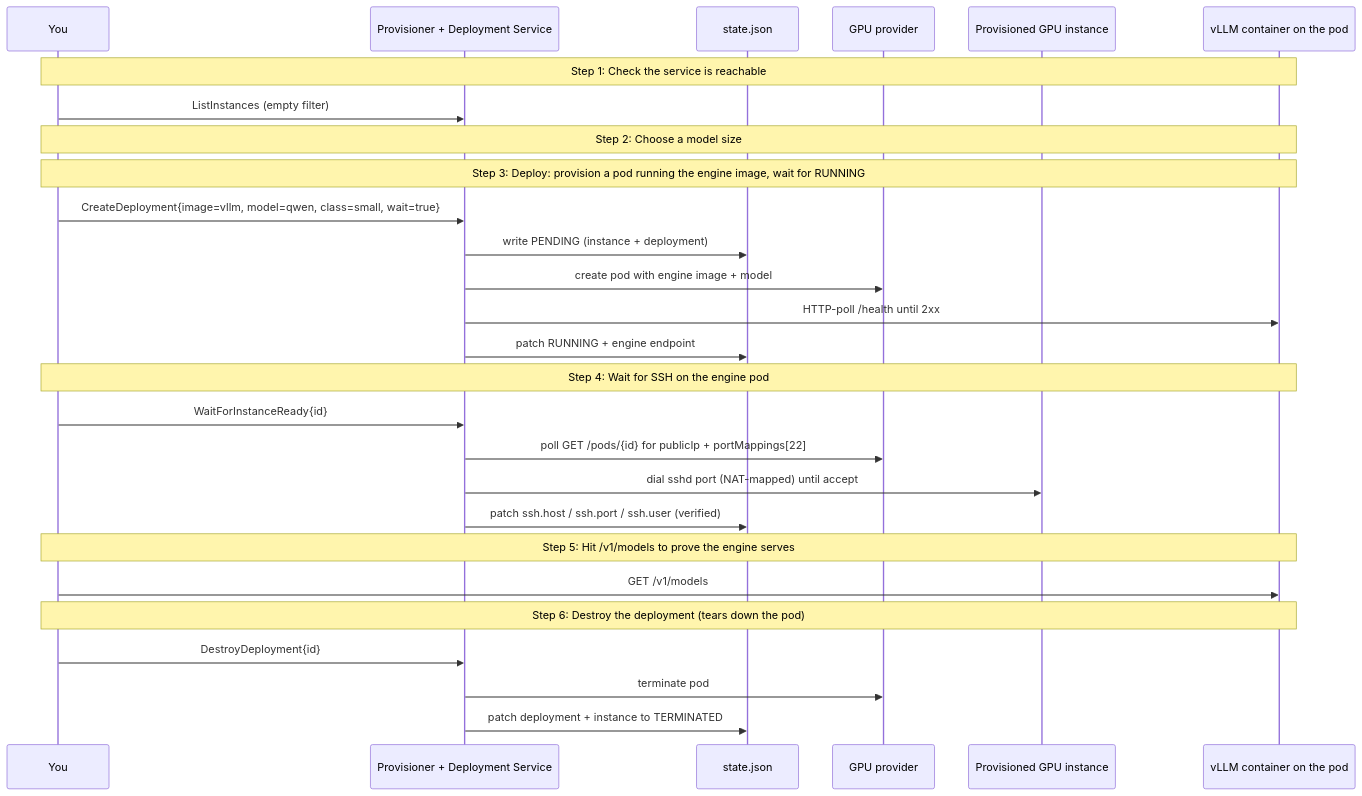
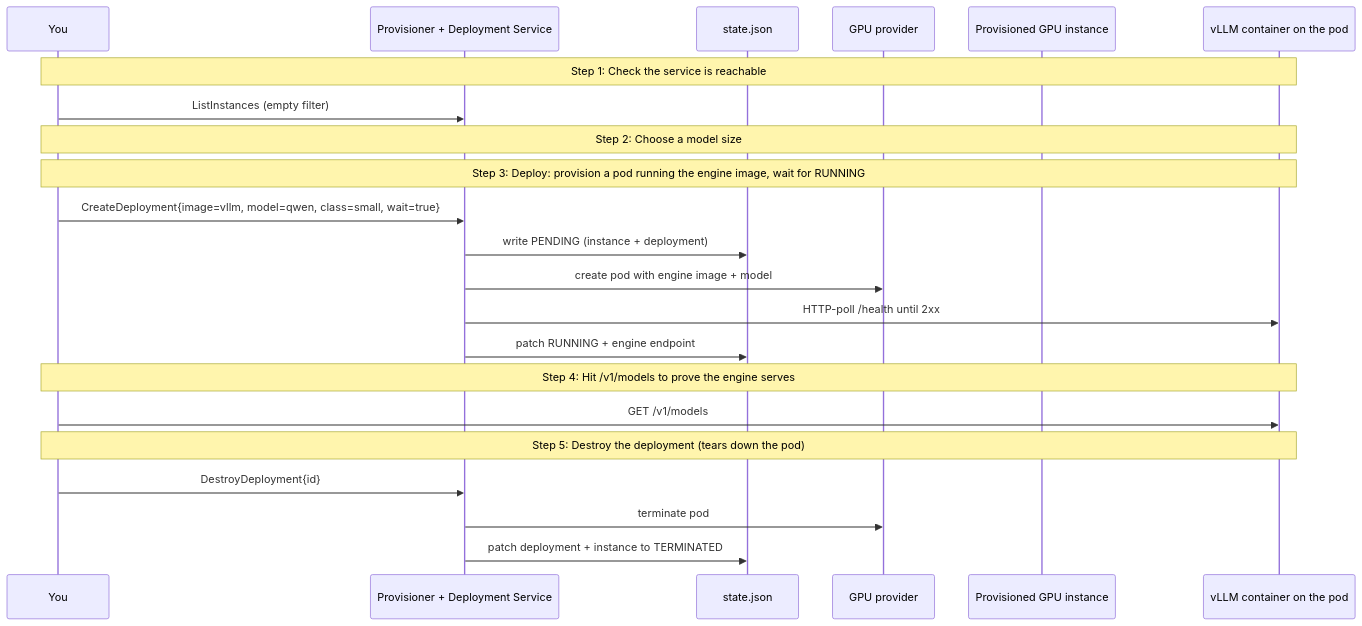
One commit to inference-book/inference-plane changed the diagram in examples/provisioning/03-deploy-end-to-end/RUN.md. Above: the diagram before and after it, drawn with Mermaid. The commit also changed other lines of this file and 10 other files, not shown here.

First line of the commit message:
feat(deploy): proxy-by-default, publicIp + SSH opt-in via debug_shell

````diff
--- a/examples/provisioning/03-deploy-end-to-end/RUN.md
+++ b/examples/provisioning/03-deploy-end-to-end/RUN.md
@@ -16,35 +15,29 @@
 ```mermaid
 sequenceDiagram
     participant Operator as You
     participant iplane as Provisioner + Deployment Service
     participant State as state.json
     participant RunPod as GPU provider
     participant Pod as Provisioned GPU instance
     participant Engine as vLLM container on the pod
 
     Note over Operator,Engine: Step 1: Check the service is reachable
     Operator->>iplane: ListInstances (empty filter)
 
     Note over Operator,Engine: Step 2: Choose a model size
 
     Note over Operator,Engine: Step 3: Deploy: provision a pod running the engine image, wait for RUNNING
     Operator->>iplane: CreateDeployment{image=vllm, model=qwen, class=small, wait=true}
     iplane->>State: write PENDING (instance + deployment)
     iplane->>RunPod: create pod with engine image + model
     iplane->>Engine: HTTP-poll /health until 2xx
     iplane->>State: patch RUNNING + engine endpoint
 
-    Note over Operator,Engine: Step 4: Wait for SSH on the engine pod
-    Operator->>iplane: WaitForInstanceReady{id}
-    iplane->>RunPod: poll GET /pods/{id} for publicIp + portMappings[22]
-    iplane->>Pod: dial sshd port (NAT-mapped) until accept
-    iplane->>State: patch ssh.host / ssh.port / ssh.user (verified)
-
-    Note over Operator,Engine: Step 5: Hit /v1/models to prove the engine serves
+    Note over Operator,Engine: Step 4: Hit /v1/models to prove the engine serves
     Operator->>Engine: GET /v1/models
 
-    Note over Operator,Engine: Step 6: Destroy the deployment (tears down the pod)
+    Note over Operator,Engine: Step 5: Destroy the deployment (tears down the pod)
     Operator->>iplane: DestroyDeployment{id}
     iplane->>RunPod: terminate pod
     iplane->>State: patch deployment + instance to TERMINATED
 ```
````
